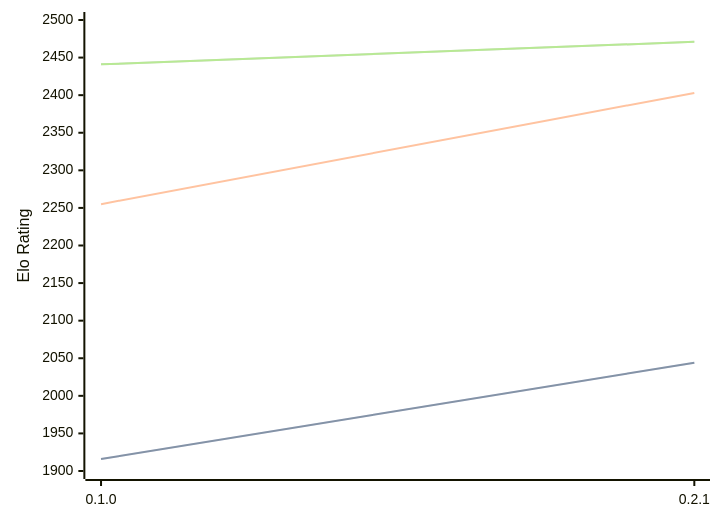
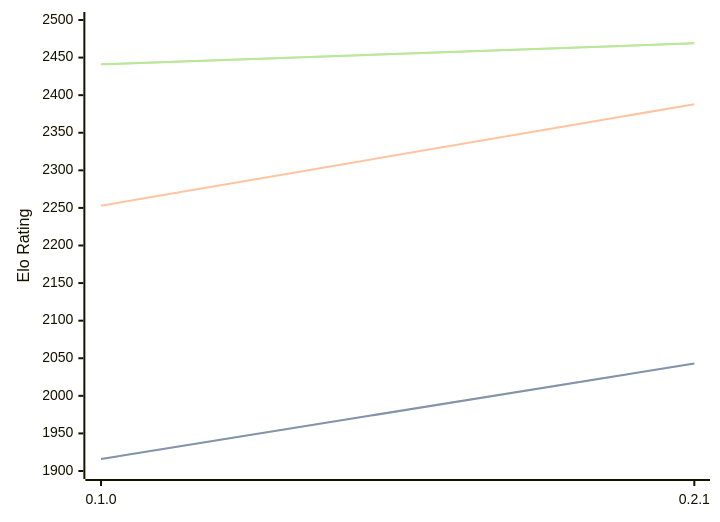
Before and after one commit to computer-chess-index/cci: the diagram in engines/Sykora.md, drawn with Mermaid. The commit also changed other lines of this file, not shown here.

Commit message:
Update CCI Ratings (ELO VLTC) - 2026-04-06

````diff
--- a/engines/Sykora.md
+++ b/engines/Sykora.md
@@ -33,11 +33,11 @@
 ```mermaid
 %%{init: {"theme":"base","themeVariables":{"seriesColors:['#a3a3a3','#222221','#faa371']}}}%%
 xychart-beta
   x-axis ["0.1.0", "0.2.1"]
   y-axis "Elo Rating" 1900 --> 2500
-  line "STC (8.0+0.08s)" [1916, 2044]
-  line "STC (8.0+0.08s)" [1916, 2044]
-  line "LTC (60.0+0.60s)" [2255, 2403]
-  line "VLTC (2m24s+1.12s)" [2441, 2471]
-  line "VLTC (2m24s+1.12s)" [2441, 2471]
+  line "STC (8.0+0.08s)" [1916, 2043]
+  line "STC (8.0+0.08s)" [1916, 2043]
+  line "LTC (60.0+0.60s)" [2253, 2388]
+  line "VLTC (2m24s+1.12s)" [2441, 2469]
+  line "VLTC (2m24s+1.12s)" [2441, 2469]
 ```
````
